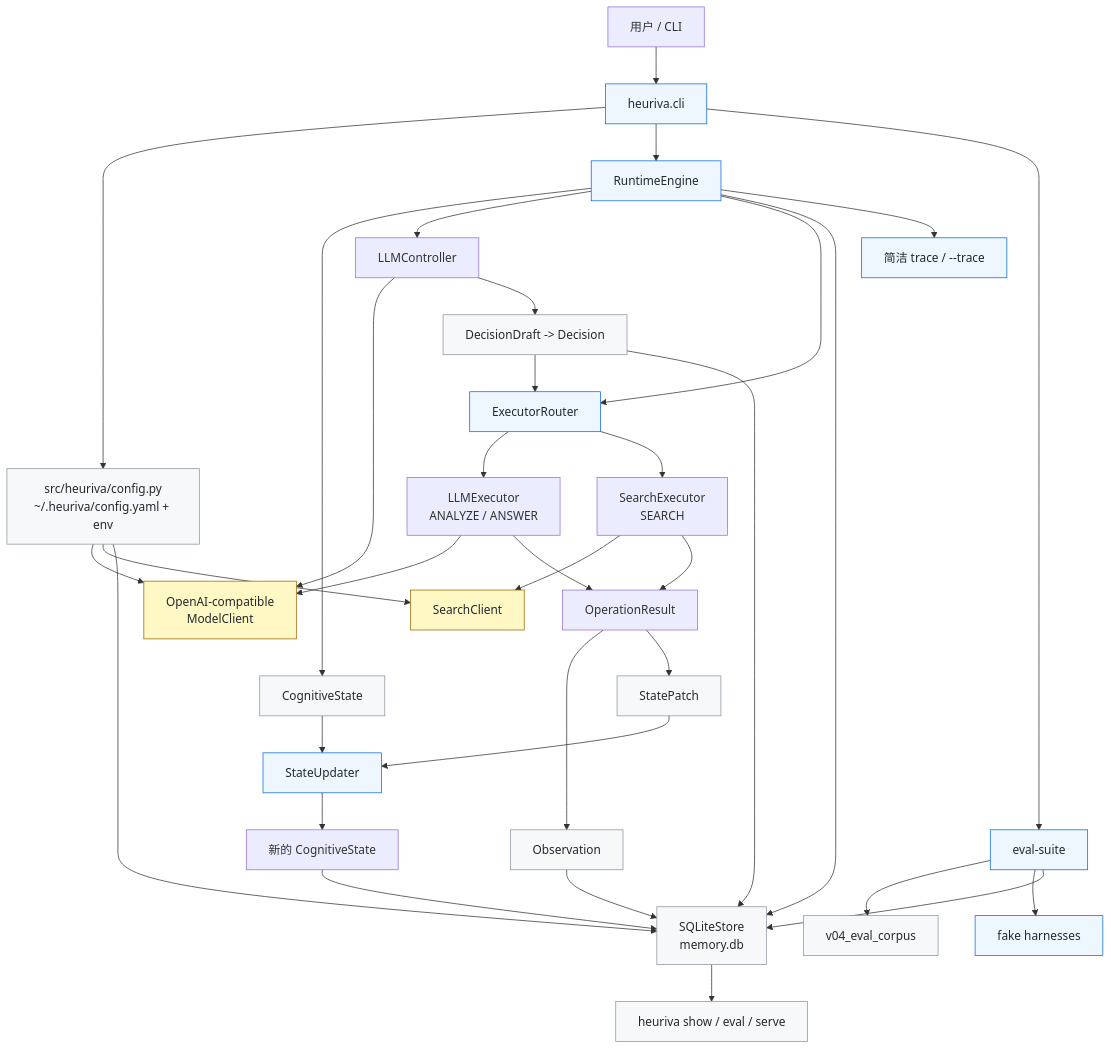
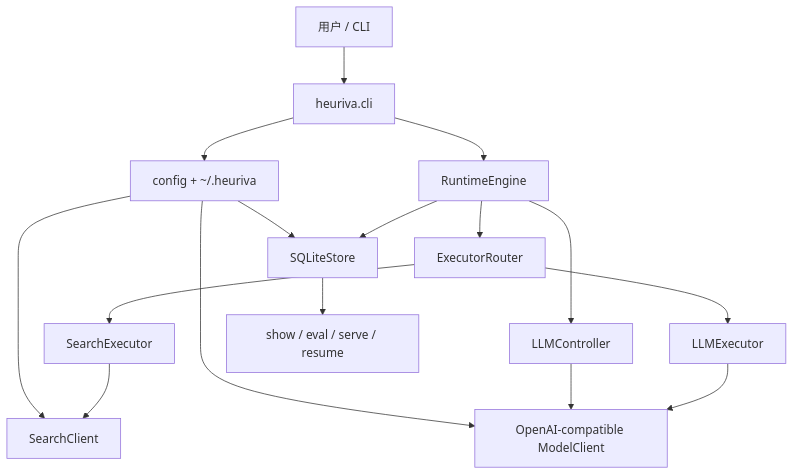
Before and after one commit to ingeniousfrog/Heuriva: the diagram in README-CN.md, drawn with Mermaid. The commit also changed other lines of this file and 10 other files, not shown here.

First line of the commit message:
Ship Heuriva v0.9 Safe Resume and rewrite public docs.

````diff
--- a/README-CN.md
+++ b/README-CN.md
@@ -78,49 +67,18 @@
 ```mermaid
 flowchart TD
     User["用户 / CLI"] --> CLI["heuriva.cli"]
-    CLI --> Config["src/heuriva/config.py<br/>~/.heuriva/config.yaml + env"]
+    CLI --> Config["config + ~/.heuriva"]
     CLI --> Engine["RuntimeEngine"]
-    CLI --> EvalSuite["eval-suite"]
-
-    Config --> ModelClient["OpenAI-compatible<br/>ModelClient"]
-    Config --> SearchClient["SearchClient"]
-    Config --> Store["SQLiteStore<br/>memory.db"]
-
-    Engine --> State["CognitiveState"]
+    Config --> Model["OpenAI-compatible ModelClient"]
+    Config --> Search["SearchClient"]
+    Config --> Store["SQLiteStore"]
     Engine --> Controller["LLMController"]
-    Controller --> ModelClient
-    Controller --> Decision["DecisionDraft -> Decision"]
-
+    Controller --> Model
     Engine --> Router["ExecutorRouter"]
-    Decision --> Router
-    Router --> LLMExecutor["LLMExecutor<br/>ANALYZE / ANSWER"]
-    Router --> SearchExecutor["SearchExecutor<br/>SEARCH"]
-
-    LLMExecutor --> ModelClient
-    SearchExecutor --> SearchClient
-
-    LLMExecutor --> Result["OperationResult"]
-    SearchExecutor --> Result
-    Result --> Observation["Observation"]
-    Result --> Patch["StatePatch"]
-    Patch --> Updater["StateUpdater"]
-    State --> Updater
-    Updater --> NextState["新的 CognitiveState"]
-
+    Router --> LLMExec["LLMExecutor"]
+    Router --> SearchExec["SearchExecutor"]
+    LLMExec --> Model
+    SearchExec --> Search
     Engine --> Store
-    Decision --> Store
-    Observation --> Store
-    NextState --> Store
-    Store --> Show["heuriva show / eval / serve"]
-    EvalSuite --> Corpus["v04_eval_corpus"]
-    EvalSuite --> Harness["fake harnesses"]
-    EvalSuite --> Store
-    Engine --> Trace["简洁 trace / --trace"]
-
-    classDef boundary fill:#f6f8fa,stroke:#8c959f,color:#24292f;
-    classDef runtime fill:#eef6ff,stroke:#0969da,color:#24292f;
-    classDef external fill:#fff8c5,stroke:#9a6700,color:#24292f;
-    class CLI,Engine,Router,Updater,Trace,EvalSuite,Harness runtime;
-    class ModelClient,SearchClient external;
-    class Store,Config,State,Decision,Observation,Patch,Corpus,Show boundary;
+    Store --> Inspect["show / eval / serve / resume"]
 ```
````
